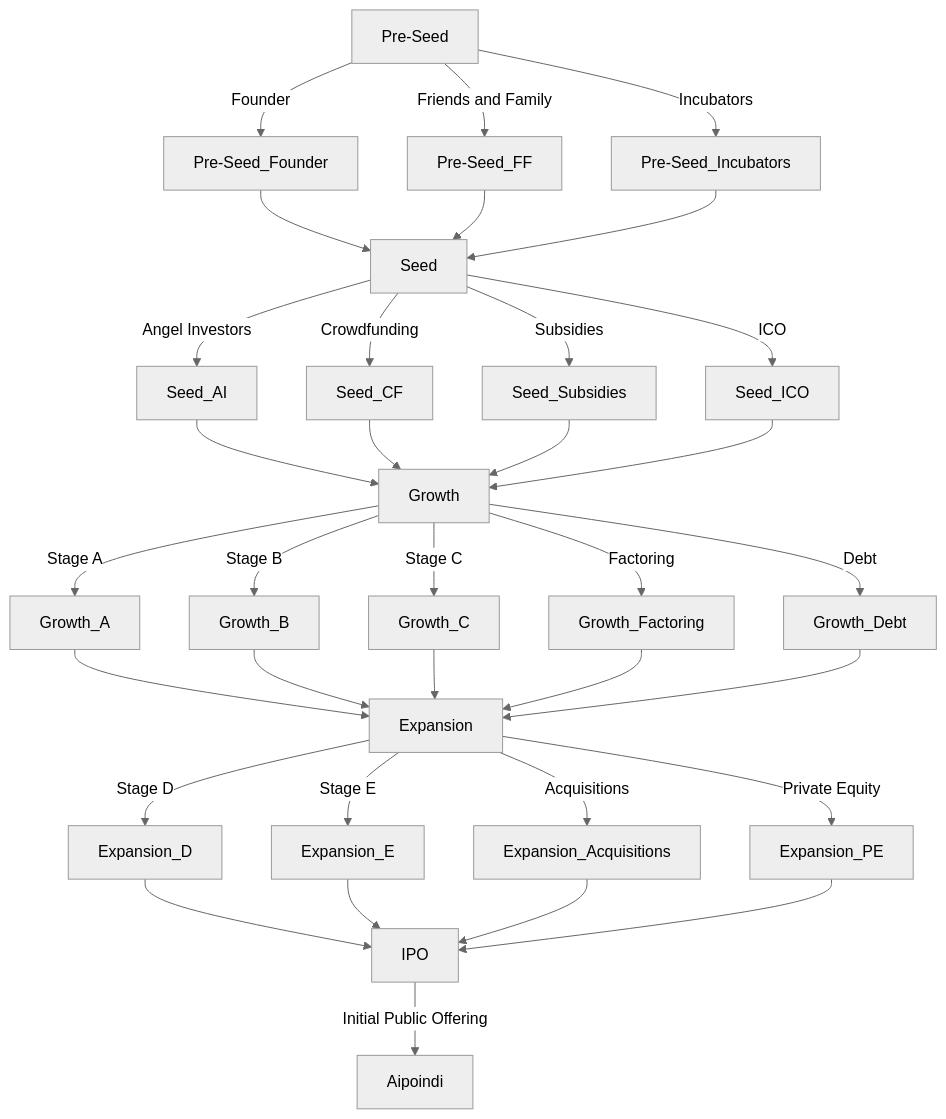
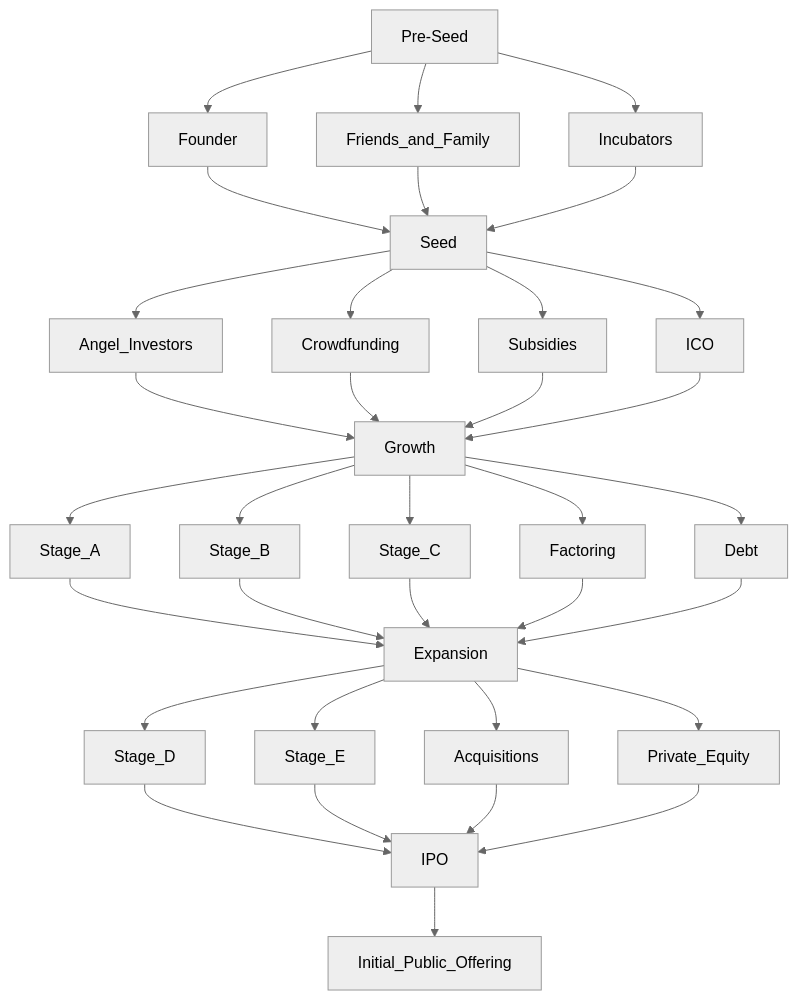
Before and after one commit to random-goose/Notes-Vault: the diagram in IV/IIPME/IIPME III.md, drawn with Mermaid (neutral theme). The commit also changed other lines of this file and 2 other files, not shown here.

Commit message:
vault auto backup: 2024-07-18 19:26:12

````diff
--- a/IV/IIPME/IIPME III.md
+++ b/IV/IIPME/IIPME III.md
@@ -29,45 +29,45 @@
 ```mermaid
 flowchart TD
-    Pre-Seed --> |Founder| Pre-Seed_Founder
-    Pre-Seed --> |Friends and Family| Pre-Seed_FF
-    Pre-Seed --> |Incubators| Pre-Seed_Incubators
+    Pre-Seed --> Founder
+    Pre-Seed --> Friends_and_Family
+    Pre-Seed --> Incubators
     
-    Seed --> |Angel Investors| Seed_AI
-    Seed --> |Crowdfunding| Seed_CF
-    Seed --> |Subsidies| Seed_Subsidies
-    Seed --> |ICO| Seed_ICO
+    Seed --> Angel_Investors
+    Seed --> Crowdfunding
+    Seed --> Subsidies
+    Seed --> ICO
     
-    Growth --> |Stage A| Growth_A
-    Growth --> |Stage B| Growth_B
-    Growth --> |Stage C| Growth_C
-    Growth --> |Factoring| Growth_Factoring
-    Growth --> |Debt| Growth_Debt
+    Growth --> Stage_A
+    Growth --> Stage_B
+    Growth --> Stage_C
+    Growth --> Factoring
+    Growth --> Debt
     
-    Expansion --> |Stage D| Expansion_D
-    Expansion --> |Stage E| Expansion_E
-    Expansion --> |Acquisitions| Expansion_Acquisitions
-    Expansion --> |Private Equity| Expansion_PE
+    Expansion --> Stage_D
+    Expansion --> Stage_E
+    Expansion --> Acquisitions
+    Expansion --> Private_Equity
     
-    IPO --> |Initial Public Offering| Aipoindi
+    IPO --> Initial_Public_Offering
 
-    Pre-Seed_Founder --> Seed
-    Pre-Seed_FF --> Seed
-    Pre-Seed_Incubators --> Seed
+    Founder --> Seed
+    Friends_and_Family --> Seed
+    Incubators --> Seed
 
-    Seed_AI --> Growth
-    Seed_CF --> Growth
-    Seed_Subsidies --> Growth
-    Seed_ICO --> Growth
+    Angel_Investors --> Growth
+    Crowdfunding --> Growth
+    Subsidies --> Growth
+    ICO --> Growth
 
-    Growth_A --> Expansion
-    Growth_B --> Expansion
-    Growth_C --> Expansion
-    Growth_Factoring --> Expansion
-    Growth_Debt --> Expansion
+    Stage_A --> Expansion
+    Stage_B --> Expansion
+    Stage_C --> Expansion
+    Factoring --> Expansion
+    Debt --> Expansion
 
-    Expansion_D --> IPO
-    Expansion_E --> IPO
-    Expansion_Acquisitions --> IPO
-    Expansion_PE --> IPO
+    Stage_D --> IPO
+    Stage_E --> IPO
+    Acquisitions --> IPO
+    Private_Equity --> IPO
 
 ```
````
